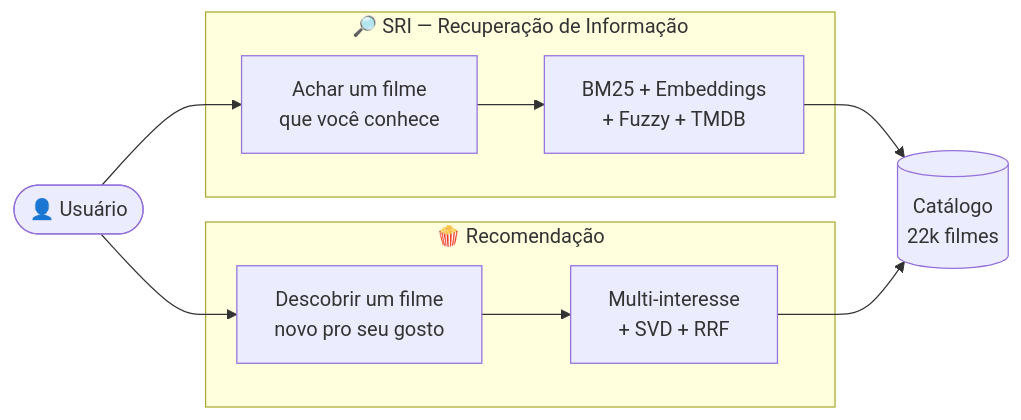
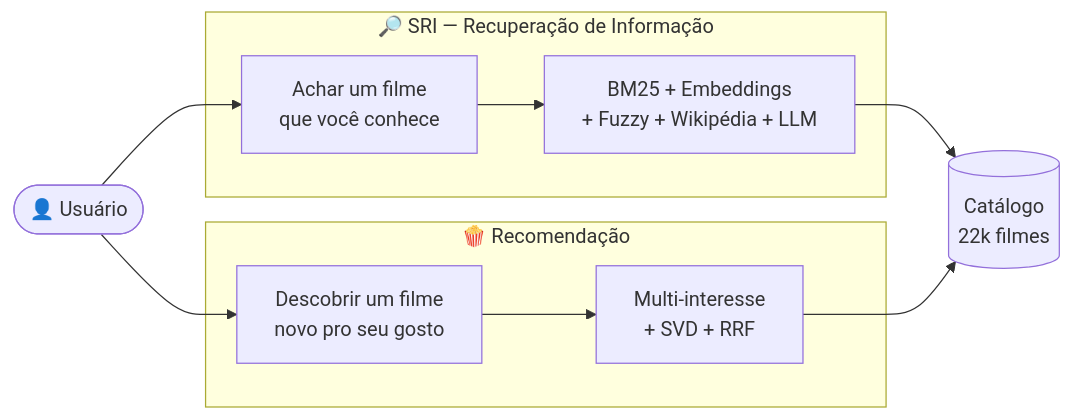
One commit to davidogral/recomenda-ai changed the first of 13 diagrams in docs/METODOLOGIA.md. Above: the diagram before and after it, drawn with Mermaid. The commit also changed other lines of this file and 2 other files, not shown here.

````diff
--- a/docs/METODOLOGIA.md
+++ b/docs/METODOLOGIA.md
@@ -54,13 +58,13 @@
 ```mermaid
 flowchart LR
     U([👤 Usuário]) --> A
     U --> B
     subgraph SRI["🔎 SRI — Recuperação de Informação"]
-        A[Achar um filme<br/>que você conhece] --> A1[BM25 + Embeddings<br/>+ Fuzzy + TMDB]
+        A[Achar um filme<br/>que você conhece] --> A1[BM25 + Embeddings<br/>+ Fuzzy + Wikipédia + LLM]
     end
     subgraph REC["🍿 Recomendação"]
         B[Descobrir um filme<br/>novo pro seu gosto] --> B1[Multi-interesse<br/>+ SVD + RRF]
     end
     A1 --> R[(Catálogo<br/>22k filmes)]
     B1 --> R
 ```
````
